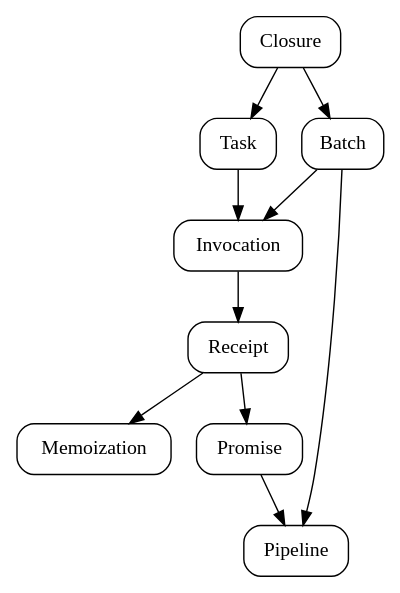
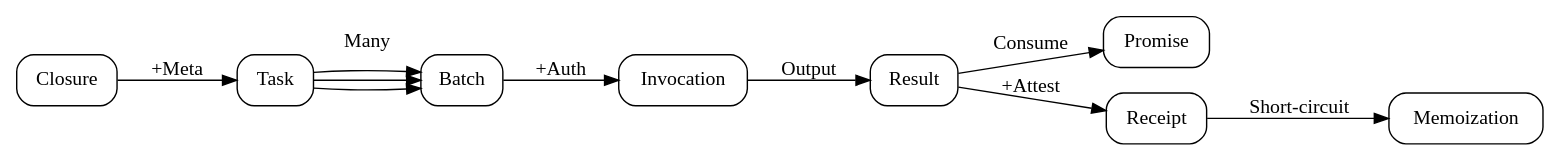
Before and after one commit to ucan-wg/invocation: the diagram in diagrams/concepts.dot, drawn with Graphviz. The commit also changed 1 other file, not shown here.

```diff
--- a/diagrams/concepts.dot
+++ b/diagrams/concepts.dot
@@ -1,11 +1,19 @@
 digraph {
+    rankdir = "LR"
+    splines = "line"
+
     node [
       style = rounded
       shape = box
     ]
 
-    Closure -> Task  -> Invocation
-    Closure -> Batch -> Invocation -> Receipt -> Memoization
-                                      Receipt -> Promise -> Pipeline
-                                                 Batch   -> Pipeline
+    Closure -> Task [label = "+Meta"]
+               Task -> Batch [label = "Many"]
+               Task -> Batch
+               Task -> Batch
+                       Batch -> Invocation [label = "+Auth"]
+                                Invocation -> Result [label = "Output"]
+                                              Result -> Promise [label = "Consume"]
+                                              Result -> Receipt [label = "+Attest"]
+                                                        Receipt -> Memoization [label = "Short-circuit"]
 }
```
